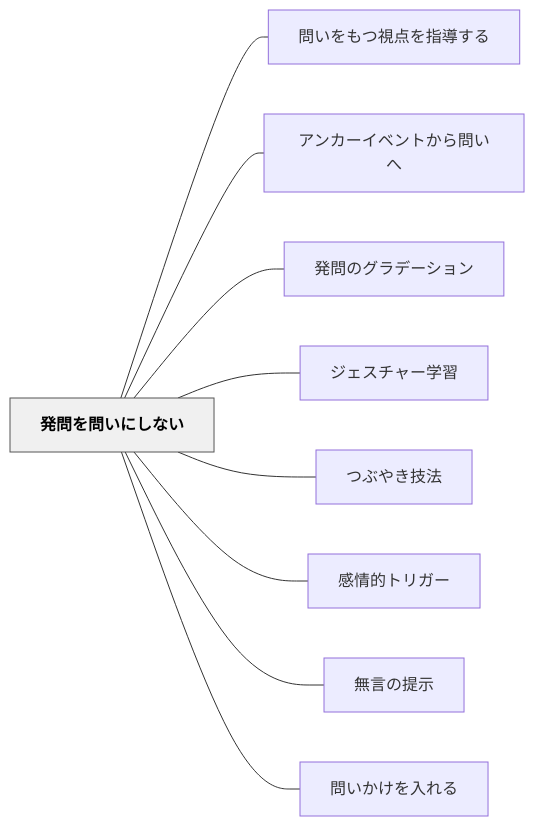
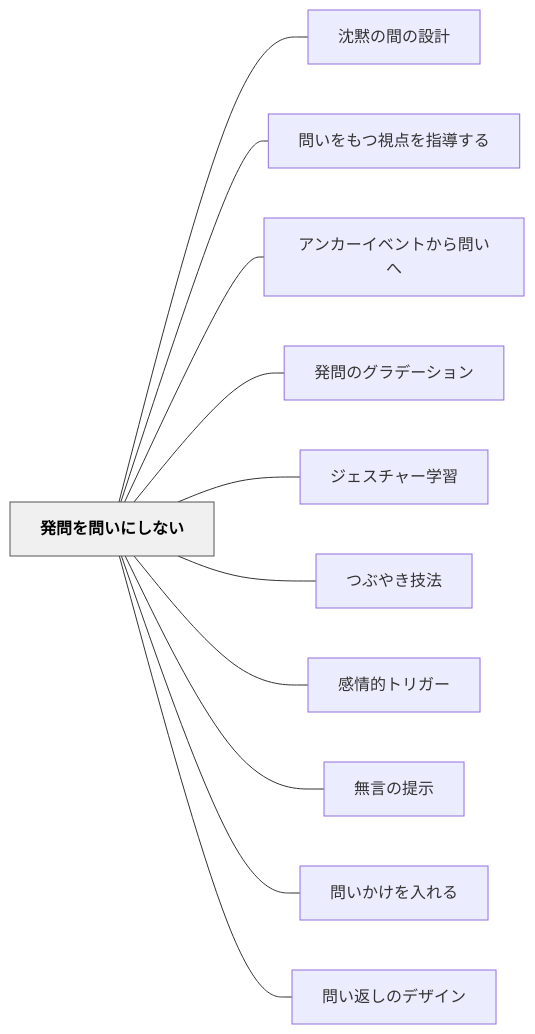
One commit to unknownthings-ed-patterns/unknownthings-ed-patterns changed the diagram in content/パタン/発問を問いにしない.md. Above: the diagram before and after it, drawn with Mermaid. The commit also changed other lines of this file and 100 other files, not shown here.

````diff
--- a/content/パタン/発問を問いにしない.md
+++ b/content/パタン/発問を問いにしない.md
@@ -83,24 +85,28 @@
 ```mermaid
 flowchart LR
     ne799bae5958fe38292e5958fe38184e381abe38197e381aae38184["発問を問いにしない"]
+    ne6b288e9bb99e381aee99693e381aee8a8ade8a888["沈黙の間の設計"]
     ne5958fe38184e38292e38282e381a4e8a696e782b9e38292e68c87e5b08ee38199e3828b["問いをもつ視点を指導する"]
     ne382a2e383b3e382abe383bce382a4e38399e383b3e38388e3818be38289e5958fe38184e381b8["アンカーイベントから問いへ"]
     ne799bae5958fe381aee382b0e383a9e38387e383bce382b7e383a7e383b3["発問のグラデーション"]
     ne382b8e382a7e382b9e38381e383a3e383bce5ada6e7bf92["ジェスチャー学習"]
     ne381a4e381b6e38284e3818de68a80e6b395["つぶやき技法"]
     ne6849fe68385e79a84e38388e383aae382ace383bc["感情的トリガー"]
     ne784a1e8a880e381aee68f90e7a4ba["無言の提示"]
     ne5958fe38184e3818be38191e38292e585a5e3828ce3828b["問いかけを入れる"]
+    ne5958fe38184e8bf94e38197e381aee38387e382b6e382a4e383b3["問い返しのデザイン"]
 
+    ne799bae5958fe38292e5958fe38184e381abe38197e381aae38184 --- ne6b288e9bb99e381aee99693e381aee8a8ade8a888
     ne799bae5958fe38292e5958fe38184e381abe38197e381aae38184 --- ne5958fe38184e38292e38282e381a4e8a696e782b9e38292e68c87e5b08ee38199e3828b
     ne799bae5958fe38292e5958fe38184e381abe38197e381aae38184 --- ne382a2e383b3e382abe383bce382a4e38399e383b3e38388e3818be38289e5958fe38184e381b8
     ne799bae5958fe38292e5958fe38184e381abe38197e381aae38184 --- ne799bae5958fe381aee382b0e383a9e38387e383bce382b7e383a7e383b3
     ne799bae5958fe38292e5958fe38184e381abe38197e381aae38184 --- ne382b8e382a7e382b9e38381e383a3e383bce5ada6e7bf92
     ne799bae5958fe38292e5958fe38184e381abe38197e381aae38184 --- ne381a4e381b6e38284e3818de68a80e6b395
     ne799bae5958fe38292e5958fe38184e381abe38197e381aae38184 --- ne6849fe68385e79a84e38388e383aae382ace383bc
     ne799bae5958fe38292e5958fe38184e381abe38197e381aae38184 --- ne784a1e8a880e381aee68f90e7a4ba
     ne799bae5958fe38292e5958fe38184e381abe38197e381aae38184 --- ne5958fe38184e3818be38191e38292e585a5e3828ce3828b
+    ne799bae5958fe38292e5958fe38184e381abe38197e381aae38184 --- ne5958fe38184e8bf94e38197e381aee38387e382b6e382a4e383b3
 
     classDef hub fill:#f0f0f0,stroke:#555,color:#000,font-weight:bold
     class ne799bae5958fe38292e5958fe38184e381abe38197e381aae38184 hub
 ```
````
